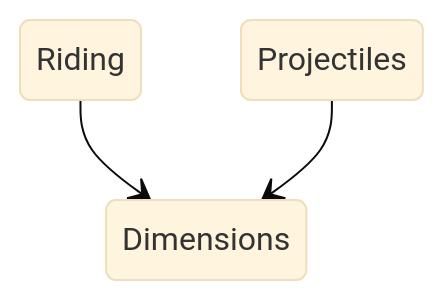
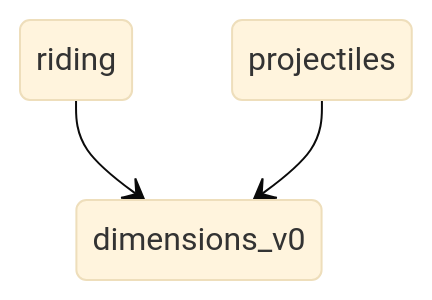
One commit to pakeke-constructor/ideas changed the first of 4 diagrams in no_versioning.md. Above: the diagram before and after it, drawn with Mermaid (base theme). The commit also changed other lines of this file, not shown here.

````diff
--- a/no_versioning.md
+++ b/no_versioning.md
@@ -46,5 +48,5 @@
 ```mermaid
 stateDiagram-v2
-    Riding --> Dimensions
-    Projectiles --> Dimensions
+    riding --> dimensions_v0
+    projectiles --> dimensions_v0
 ```
````
